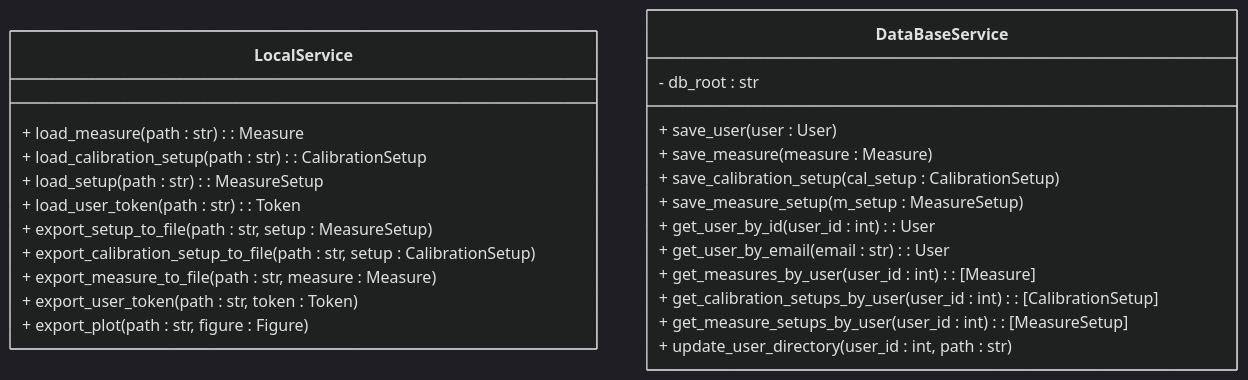
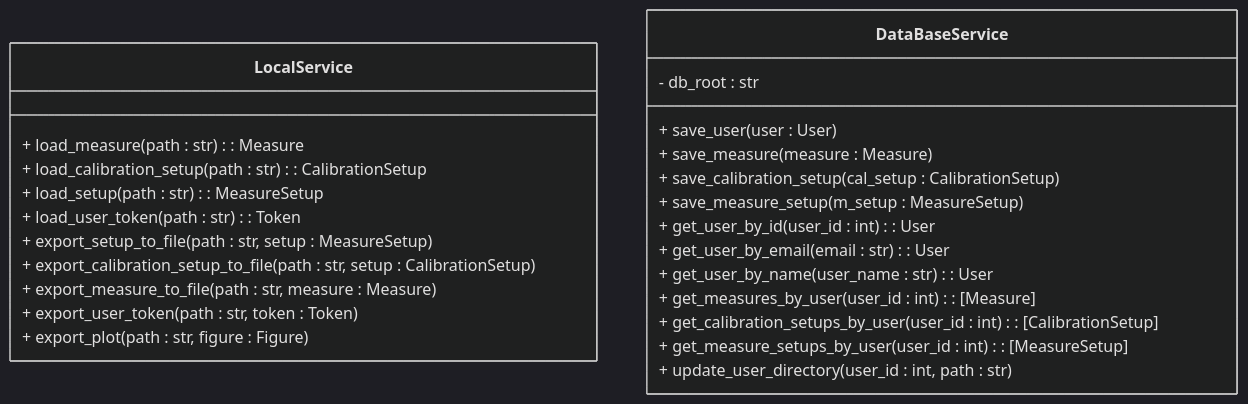
The tenth of 15 diagrams in Gmini-MarkDown/Diagramas/Diagramas de Clases.md (alegrelias/Repo-GMini), drawn with Mermaid (dark theme) before and after one commit. The commit also changed other lines of this file, not shown here.

````diff
--- a/Gmini-MarkDown/Diagramas/Diagramas de Clases.md
+++ b/Gmini-MarkDown/Diagramas/Diagramas de Clases.md
@@ -767,32 +768,33 @@
 ```mermaid
 classDiagram
 
 %% persistencia
 class LocalService{
 	%% operaciones en archivos
 	+ load_measure(path : str) : Measure
 	+ load_calibration_setup(path : str) : CalibrationSetup
 	+ load_setup(path : str) : MeasureSetup
 	+ load_user_token(path : str) : Token
 	+ export_setup_to_file(path : str, setup : MeasureSetup)
 	+ export_calibration_setup_to_file(path : str, setup : CalibrationSetup)
 	+ export_measure_to_file(path : str, measure : Measure)
 	+ export_user_token(path : str, token : Token)
 	+ export_plot(path : str, figure : Figure)
 }
 class DataBaseService{
 	- db_root : str
 	%% operaciones en db
 	+ save_user(user : User)
 	+ save_measure(measure : Measure)
 	+ save_calibration_setup(cal_setup : CalibrationSetup)
 	+ save_measure_setup(m_setup : MeasureSetup)
 	+ get_user_by_id(user_id : int): User
 	+ get_user_by_email(email : str): User
+	+ get_user_by_name(user_name : str): User 
 	+ get_measures_by_user(user_id : int) : [Measure]
 	+ get_calibration_setups_by_user(user_id : int) : [CalibrationSetup]
 	+ get_measure_setups_by_user(user_id : int) : [MeasureSetup]
 	+ update_user_directory(user_id : int, path : str) 
 }
 
 ```
````
